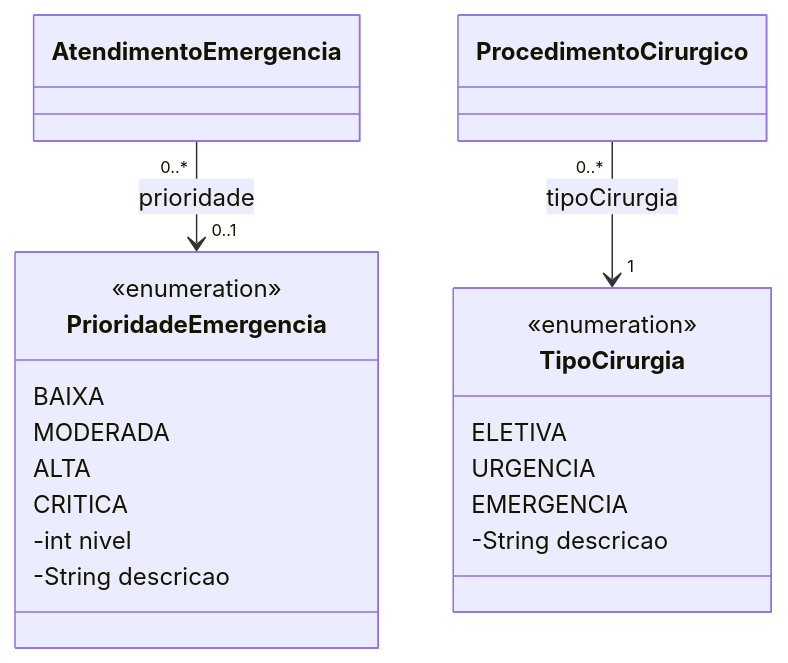
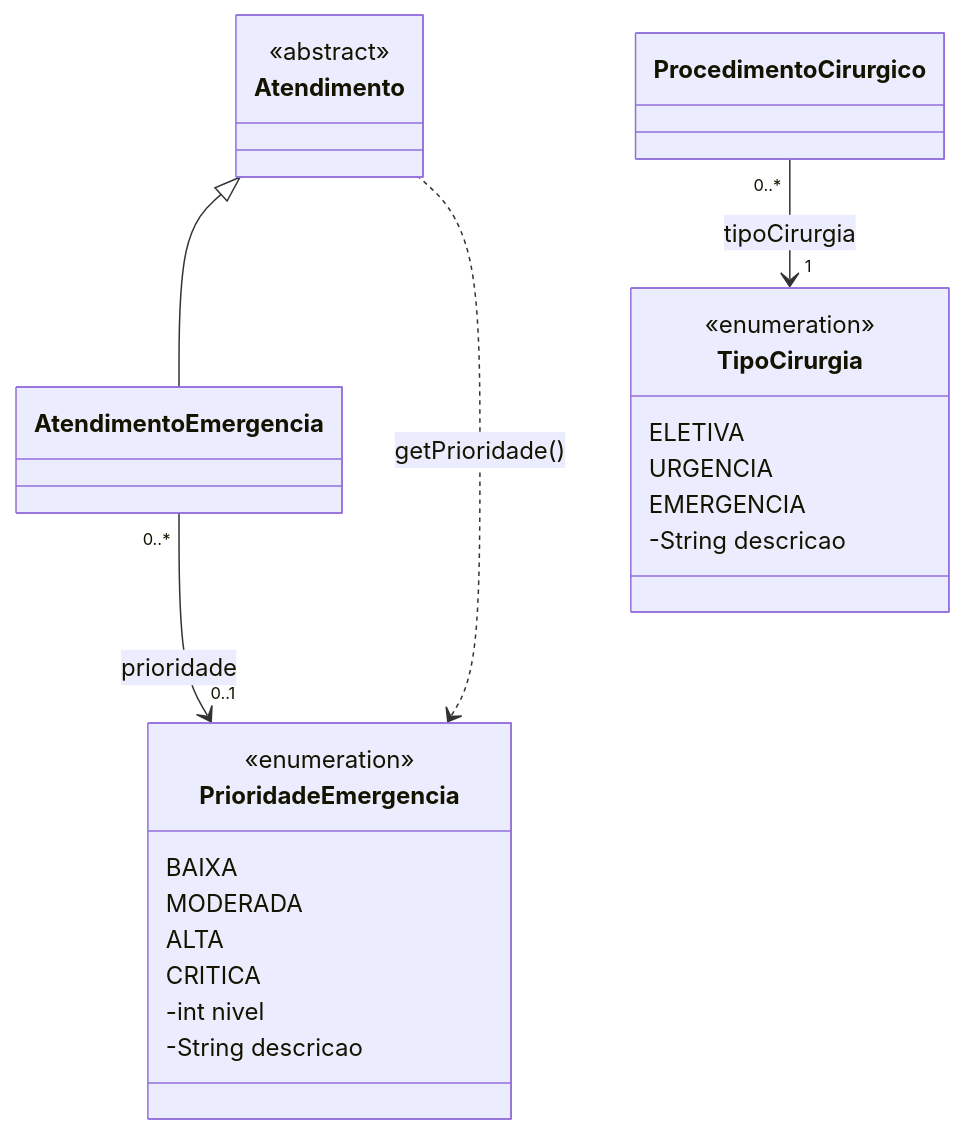
One commit to pedrolsrt/sistema-hospitalar changed the eighth of 13 diagrams in docs/diagrama-de-classes.md. Above: the diagram before and after it, drawn with Mermaid. The commit also changed other lines of this file and 8 other files, not shown here.

Commit message:
docs: atualiza README e diagramas da Sprint 3

````diff
--- a/docs/diagrama-de-classes.md
+++ b/docs/diagrama-de-classes.md
@@ -594,28 +662,31 @@
 ```mermaid
 classDiagram
     direction TB
 
+    class Atendimento { <<abstract>> }
     class AtendimentoEmergencia
     class ProcedimentoCirurgico
 
     class PrioridadeEmergencia {
         <<enumeration>>
         BAIXA
         MODERADA
         ALTA
         CRITICA
         -int nivel
         -String descricao
     }
 
     class TipoCirurgia {
         <<enumeration>>
         ELETIVA
         URGENCIA
         EMERGENCIA
         -String descricao
     }
 
     AtendimentoEmergencia "0..*" --> "0..1" PrioridadeEmergencia : prioridade
+    PrioridadeEmergencia <.. Atendimento : getPrioridade()
+    Atendimento <|-- AtendimentoEmergencia
     ProcedimentoCirurgico "0..*" --> "1" TipoCirurgia : tipoCirurgia
 ```
````
